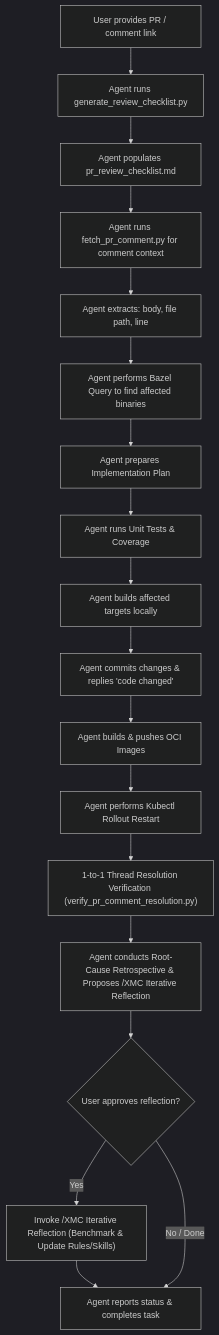
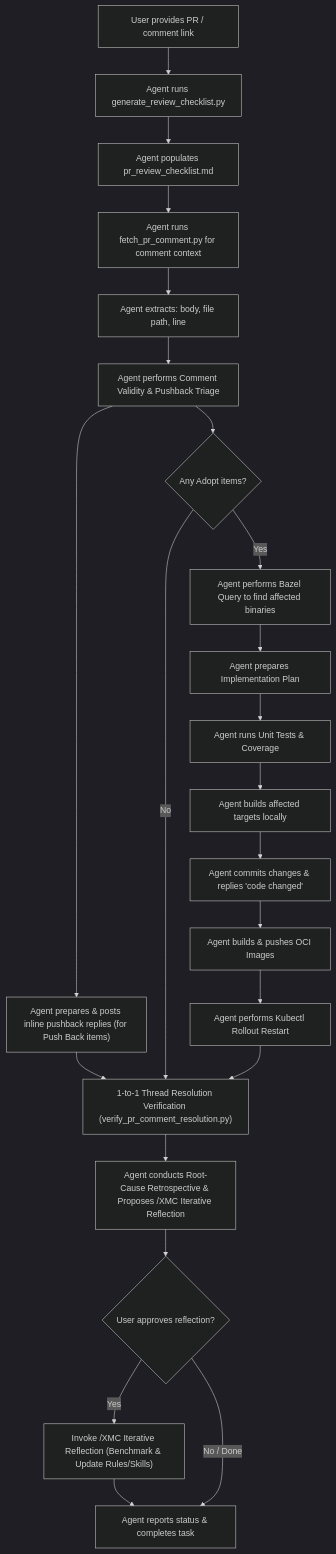
Before and after one commit to google/xmc: the diagram in .agents/skills/xmc_address_pr_comment/SKILL.md, drawn with Mermaid (dark theme). The commit also changed other lines of this file and 2 other files, not shown here.

First line of the commit message:
docs(skills): add comment validity and pushback triage gate to XMC Address PR Comment (#1133)

````diff
--- a/.agents/skills/xmc_address_pr_comment/SKILL.md
+++ b/.agents/skills/xmc_address_pr_comment/SKILL.md
@@ -10,20 +10,25 @@
 ```mermaid
 graph TD
     A["User provides PR / comment link"] --> B["Agent runs generate_review_checklist.py"]
     B --> C["Agent populates pr_review_checklist.md"]
     C --> D["Agent runs fetch_pr_comment.py for comment context"]
     D --> E["Agent extracts: body, file path, line"]
-    E --> F["Agent performs Bazel Query to find affected binaries"]
+    E --> D2["Agent performs Comment Validity & Pushback Triage"]
+    D2 --> J2["Agent prepares & posts inline pushback replies (for Push Back items)"]
+    J2 --> M["1-to-1 Thread Resolution Verification (verify_pr_comment_resolution.py)"]
+    D2 --> D3{"Any Adopt items?"}
+    D3 -->|Yes| F["Agent performs Bazel Query to find affected binaries"]
+    D3 -->|No| M
     F --> G["Agent prepares Implementation Plan"]
     G --> H["Agent runs Unit Tests & Coverage"]
     H --> I["Agent builds affected targets locally"]
     I --> J["Agent commits changes & replies 'code changed'"]
     J --> K["Agent builds & pushes OCI Images"]
     K --> L["Agent performs Kubectl Rollout Restart"]
     L --> M["1-to-1 Thread Resolution Verification (verify_pr_comment_resolution.py)"]
     M --> N["Agent conducts Root-Cause Retrospective & Proposes /XMC Iterative Reflection"]
     N --> O{"User approves reflection?"}
     O -->|Yes| P["Invoke /XMC Iterative Reflection (Benchmark & Update Rules/Skills)"]
     P --> Q["Agent reports status & completes task"]
     O -->|No / Done| Q
 ```
````
